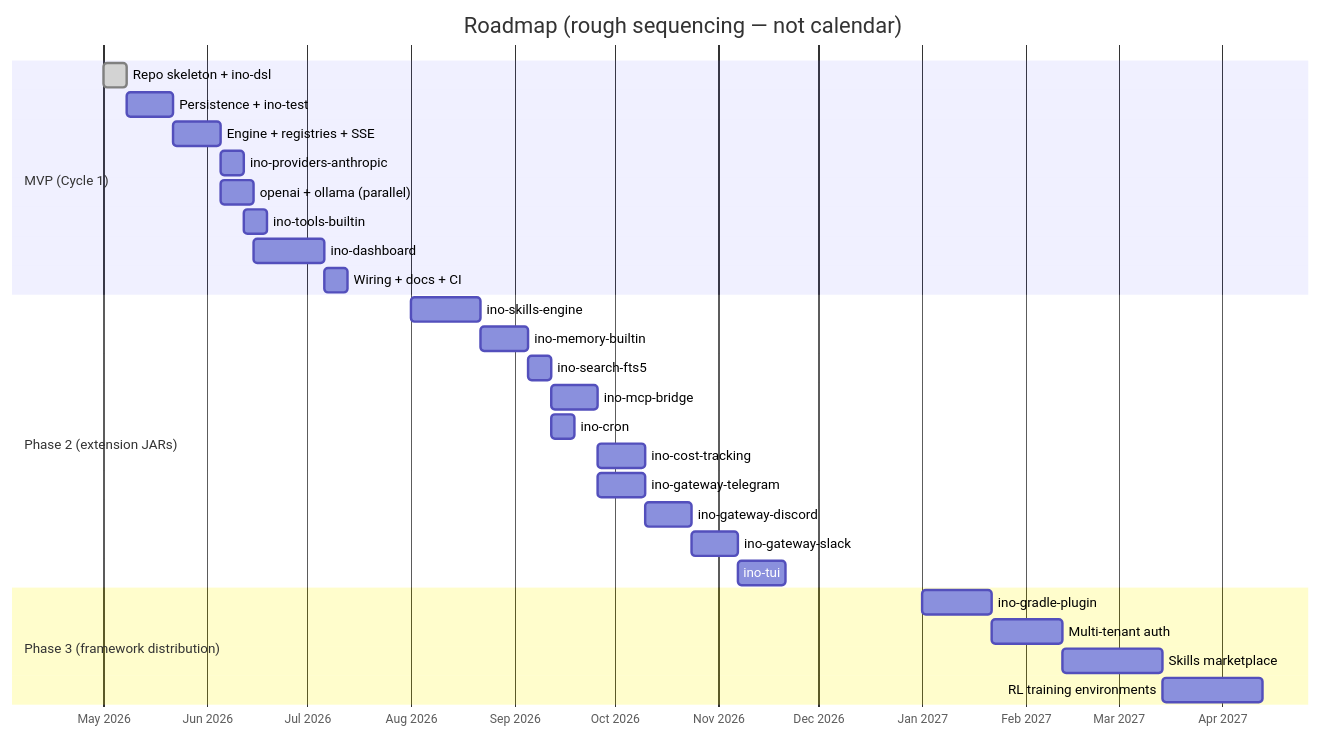
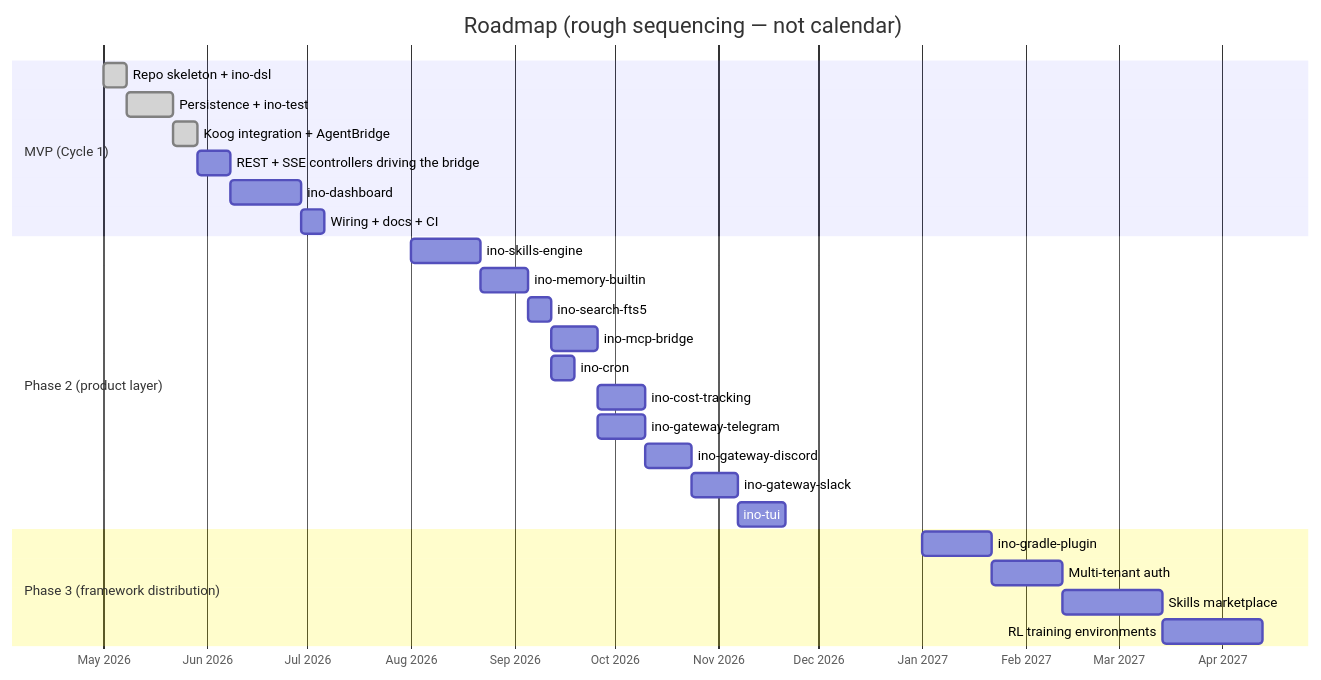
Before and after one commit to khorum-oss/ino: the first of 2 diagrams in docs/roadmap.md, drawn with Mermaid. The commit also changed other lines of this file and 3 other files, not shown here.

Commit message:
Update roadmap and architecture docs to reflect Koog integration replacing custom engine and provider SPIs

````diff
--- a/docs/roadmap.md
+++ b/docs/roadmap.md
@@ -5,33 +7,31 @@
 ```mermaid
 gantt
     title Roadmap (rough sequencing — not calendar)
     dateFormat YYYY-MM-DD
     axisFormat %b %Y
     section MVP (Cycle 1)
-    Repo skeleton + ino-dsl       :done,    s1, 2026-05-01, 7d
-    Persistence + ino-test         :         s2, after s1, 14d
-    Engine + registries + SSE      :         s3, after s2, 14d
-    ino-providers-anthropic        :         s4, after s3, 7d
-    openai + ollama (parallel)     :         s5, after s3, 10d
-    ino-tools-builtin              :         s6, after s4, 7d
-    ino-dashboard                  :         s7, after s5, 21d
-    Wiring + docs + CI             :         s8, after s7, 7d
+    Repo skeleton + ino-dsl                    :done,    s1, 2026-05-01, 7d
+    Persistence + ino-test                     :done,    s2, after s1, 14d
+    Koog integration + AgentBridge             :done,    s3, after s2, 7d
+    REST + SSE controllers driving the bridge  :         s4, after s3, 10d
+    ino-dashboard                              :         s5, after s4, 21d
+    Wiring + docs + CI                         :         s6, after s5, 7d
 
-    section Phase 2 (extension JARs)
-    ino-skills-engine              :         p1, 2026-08-01, 21d
-    ino-memory-builtin             :         p2, after p1, 14d
-    ino-search-fts5                :         p3, after p2, 7d
-    ino-mcp-bridge                 :         p4, after p3, 14d
-    ino-cron                       :         p5, after p3, 7d
-    ino-cost-tracking              :         p6, after p4, 14d
-    ino-gateway-telegram           :         p7, after p4, 14d
-    ino-gateway-discord            :         p8, after p7, 14d
-    ino-gateway-slack              :         p9, after p8, 14d
-    ino-tui                        :         p10, after p9, 14d
+    section Phase 2 (product layer)
+    ino-skills-engine                          :         p1, 2026-08-01, 21d
+    ino-memory-builtin                         :         p2, after p1, 14d
+    ino-search-fts5                            :         p3, after p2, 7d
+    ino-mcp-bridge                             :         p4, after p3, 14d
+    ino-cron                                   :         p5, after p3, 7d
+    ino-cost-tracking                          :         p6, after p4, 14d
+    ino-gateway-telegram                       :         p7, after p4, 14d
+    ino-gateway-discord                        :         p8, after p7, 14d
+    ino-gateway-slack                          :         p9, after p8, 14d
+    ino-tui                                    :         p10, after p9, 14d
 
     section Phase 3 (framework distribution)
-    ino-gradle-plugin              :         f1, 2027-01-01, 21d
-    Multi-tenant auth              :         f2, after f1, 21d
-    Skills marketplace             :         f3, after f2, 30d
-    RL training environments       :         f4, after f3, 30d
+    ino-gradle-plugin                          :         f1, 2027-01-01, 21d
+    Multi-tenant auth                          :         f2, after f1, 21d
+    Skills marketplace                         :         f3, after f2, 30d
+    RL training environments                   :         f4, after f3, 30d
 ```
````
